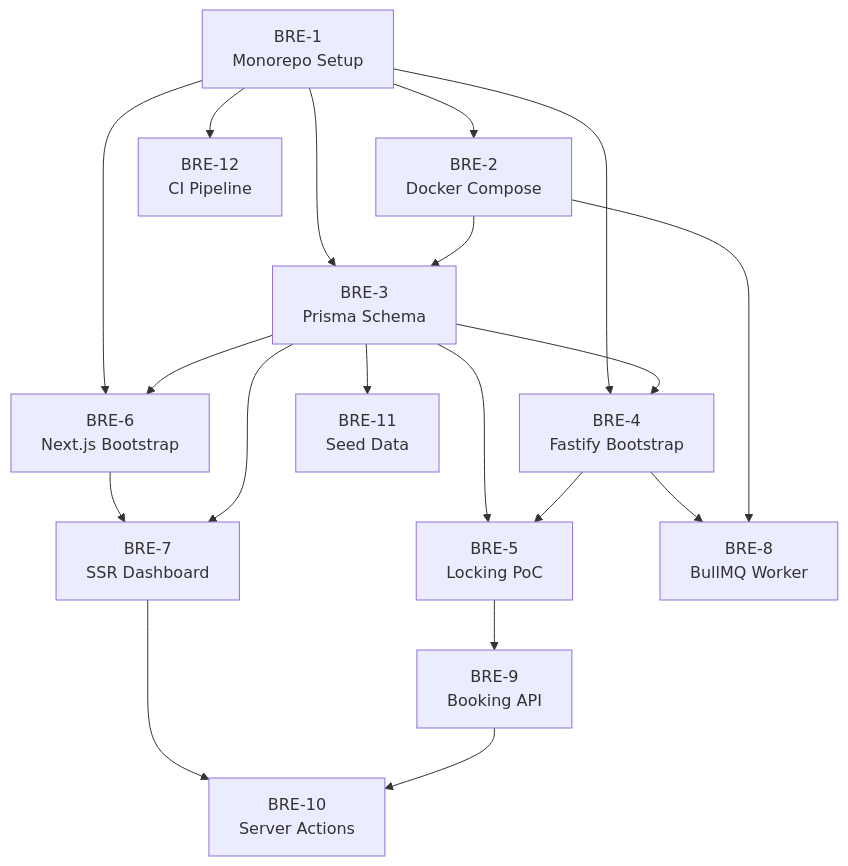
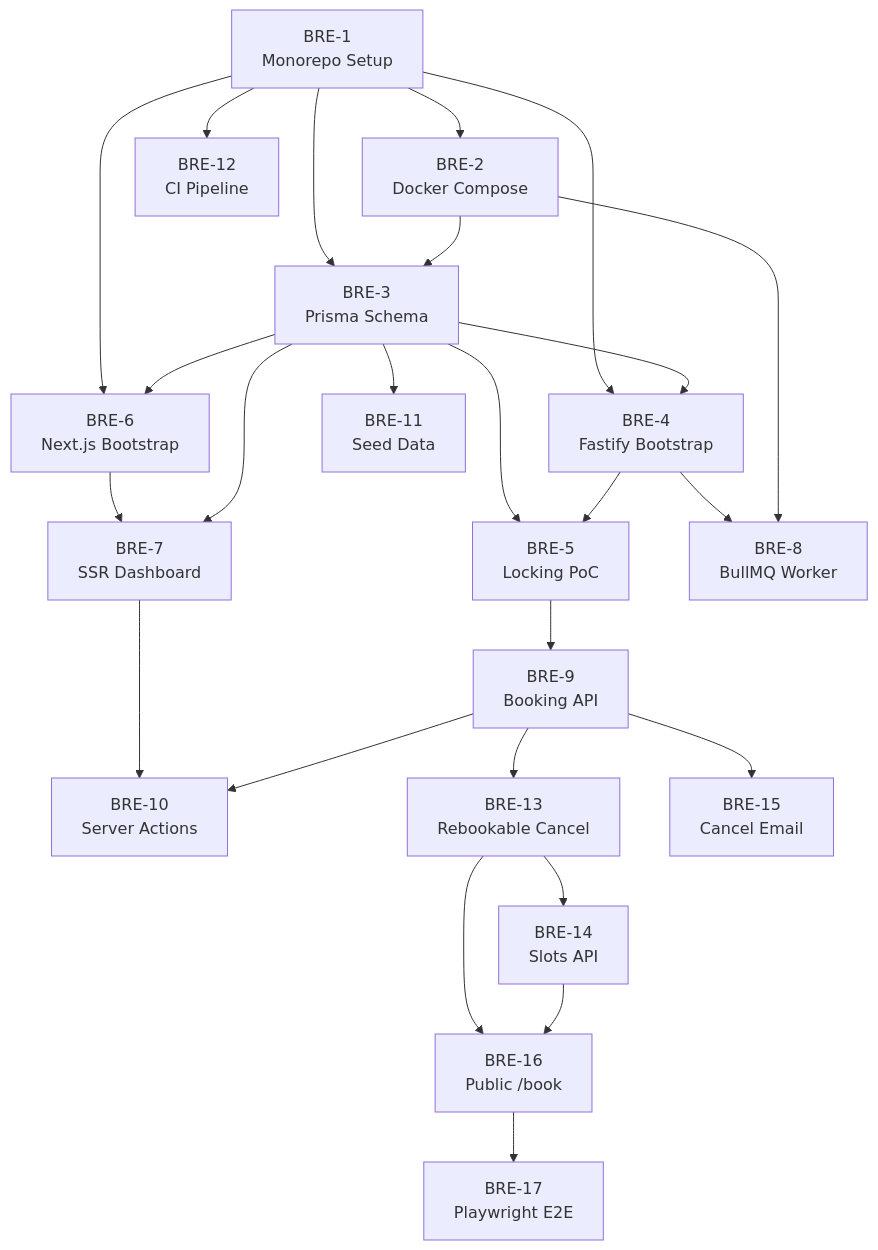
One commit to BrenoNery/real-time-scheduling-platform changed the ninth of 9 diagrams in ARCHITECTURE.md. Above: the diagram before and after it, drawn with Mermaid. The commit also changed other lines of this file and 2 other files, not shown here.

First line of the commit message:
Document Phase 5 availability and public booking roadmap (#16)

````diff
--- a/ARCHITECTURE.md
+++ b/ARCHITECTURE.md
@@ -755,34 +862,45 @@
 ```mermaid
 flowchart TD
     BRE1["BRE-1<br/>Monorepo Setup"]
     BRE2["BRE-2<br/>Docker Compose"]
     BRE3["BRE-3<br/>Prisma Schema"]
     BRE4["BRE-4<br/>Fastify Bootstrap"]
     BRE5["BRE-5<br/>Locking PoC"]
     BRE6["BRE-6<br/>Next.js Bootstrap"]
     BRE7["BRE-7<br/>SSR Dashboard"]
     BRE8["BRE-8<br/>BullMQ Worker"]
     BRE9["BRE-9<br/>Booking API"]
     BRE10["BRE-10<br/>Server Actions"]
     BRE11["BRE-11<br/>Seed Data"]
     BRE12["BRE-12<br/>CI Pipeline"]
+    BRE13["BRE-13<br/>Rebookable Cancel"]
+    BRE14["BRE-14<br/>Slots API"]
+    BRE15["BRE-15<br/>Cancel Email"]
+    BRE16["BRE-16<br/>Public /book"]
+    BRE17["BRE-17<br/>Playwright E2E"]
 
     BRE1 --> BRE2
     BRE1 --> BRE3
     BRE1 --> BRE4
     BRE1 --> BRE6
     BRE1 --> BRE12
     BRE2 --> BRE3
     BRE3 --> BRE4
     BRE3 --> BRE5
     BRE3 --> BRE6
     BRE3 --> BRE11
     BRE4 --> BRE5
     BRE4 --> BRE8
     BRE2 --> BRE8
     BRE5 --> BRE9
     BRE6 --> BRE7
     BRE3 --> BRE7
     BRE7 --> BRE10
     BRE9 --> BRE10
+    BRE9 --> BRE13
+    BRE13 --> BRE14
+    BRE9 --> BRE15
+    BRE13 --> BRE16
+    BRE14 --> BRE16
+    BRE16 --> BRE17
 ```
````
